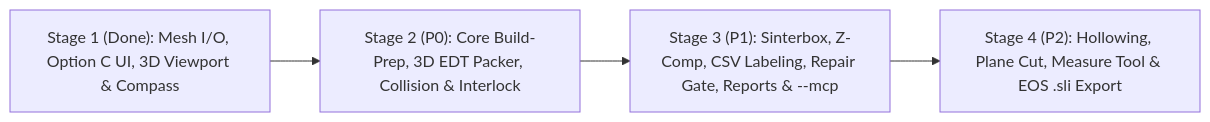
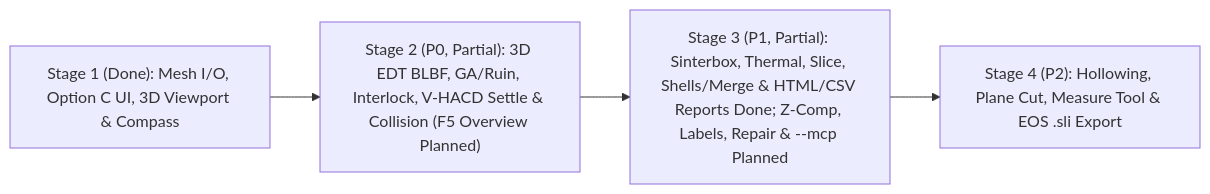
The diagram in docs/sls-feature-matrix.md (yuvalabou/solidcraft), drawn with Mermaid before and after one commit. The commit also changed other lines of this file and 12 other files, not shown here.

````diff
--- a/docs/sls-feature-matrix.md
+++ b/docs/sls-feature-matrix.md
@@ -137,6 +137,6 @@
 ```mermaid
 flowchart LR
-    S1["Stage 1 (Done): Mesh I/O, Option C UI, 3D Viewport & Compass"] --> S2["Stage 2 (P0): Core Build-Prep, 3D EDT Packer, Collision & Interlock"]
-    S2 --> S3["Stage 3 (P1): Sinterbox, Z-Comp, CSV Labeling, Repair Gate, Reports & --mcp"]
+    S1["Stage 1 (Done): Mesh I/O, Option C UI, 3D Viewport & Compass"] --> S2["Stage 2 (P0, Partial): 3D EDT BLBF, GA/Ruin, Interlock, V-HACD Settle & Collision (F5 Overview Planned)"]
+    S2 --> S3["Stage 3 (P1, Partial): Sinterbox, Thermal, Slice, Shells/Merge & HTML/CSV Reports Done; Z-Comp, Labels, Repair & --mcp Planned"]
     S3 --> S4["Stage 4 (P2): Hollowing, Plane Cut, Measure Tool & EOS .sli Export"]
 ```
````
